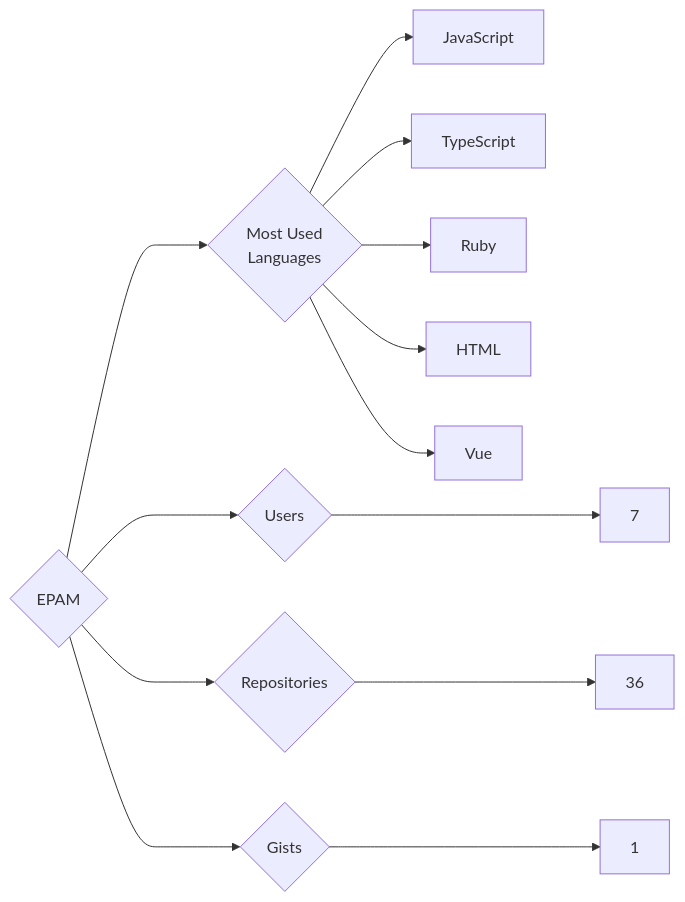
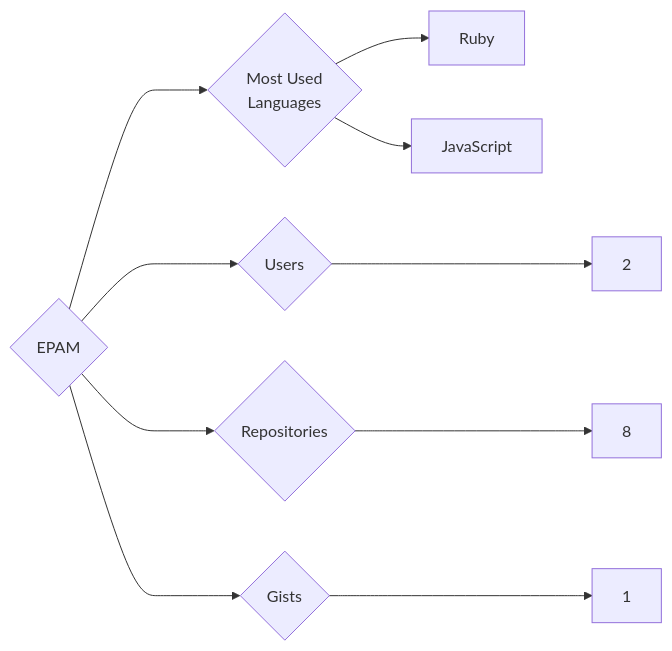
The diagram in targets/EPAM/README.md (trickest/insiders), drawn with Mermaid before and after one commit. The commit also changed 1007 other files, not shown here.

````diff
--- a/targets/EPAM/README.md
+++ b/targets/EPAM/README.md
@@ -3,13 +3,10 @@
 ```mermaid
 graph LR
 COMPANY_NAME{EPAM}
-COMPANY_NAME ---> U{Users} ---> UN[7]
-COMPANY_NAME ---> R{Repositories} ---> RN[36]
+COMPANY_NAME ---> U{Users} ---> UN[2]
+COMPANY_NAME ---> R{Repositories} ---> RN[8]
 COMPANY_NAME ---> G{Gists} ---> GN[1]
 COMPANY_NAME ---> ML{Most Used<br>Languages}
+ML --> Ruby[Ruby]
 ML --> JavaScript[JavaScript]
-ML --> TypeScript[TypeScript]
-ML --> Ruby[Ruby]
-ML --> HTML[HTML]
-ML --> Vue[Vue]
 ```
````
